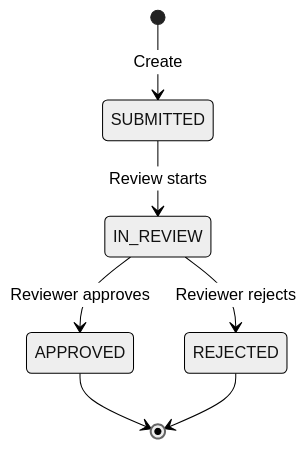
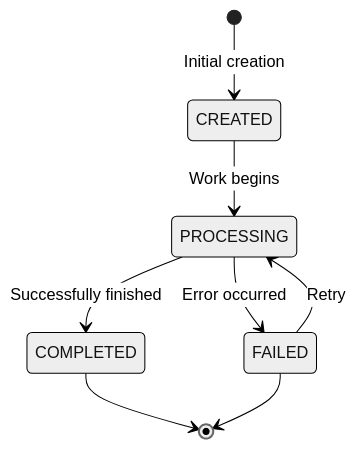
Before and after one commit to kv-sub/Random-ui: the second of 2 diagrams in .github/prompts/agent-system-designer.prompt.md, drawn with Mermaid (neutral theme). The commit also changed other lines of this file and 8 other files, not shown here.

````diff
--- a/.github/prompts/agent-system-designer.prompt.md
+++ b/.github/prompts/agent-system-designer.prompt.md
@@ -278,9 +278,10 @@
 ```mermaid
 stateDiagram-v2
-    [*] --> SUBMITTED: Create
-    SUBMITTED --> IN_REVIEW: Review starts
-    IN_REVIEW --> APPROVED: Reviewer approves
-    IN_REVIEW --> REJECTED: Reviewer rejects
-    APPROVED --> [*]
-    REJECTED --> [*]
+    [*] --> CREATED: Initial creation
+    CREATED --> PROCESSING: Work begins
+    PROCESSING --> COMPLETED: Successfully finished
+    PROCESSING --> FAILED: Error occurred
+    COMPLETED --> [*]
+    FAILED --> PROCESSING: Retry
+    FAILED --> [*]
 ```
````
